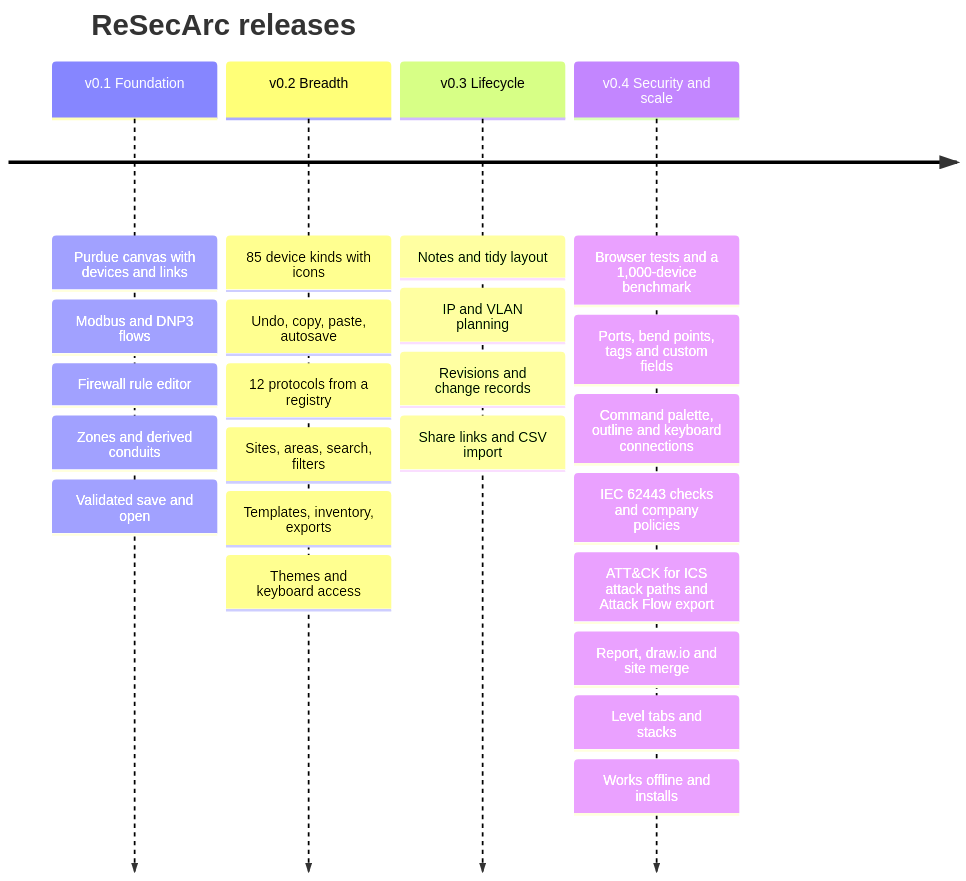
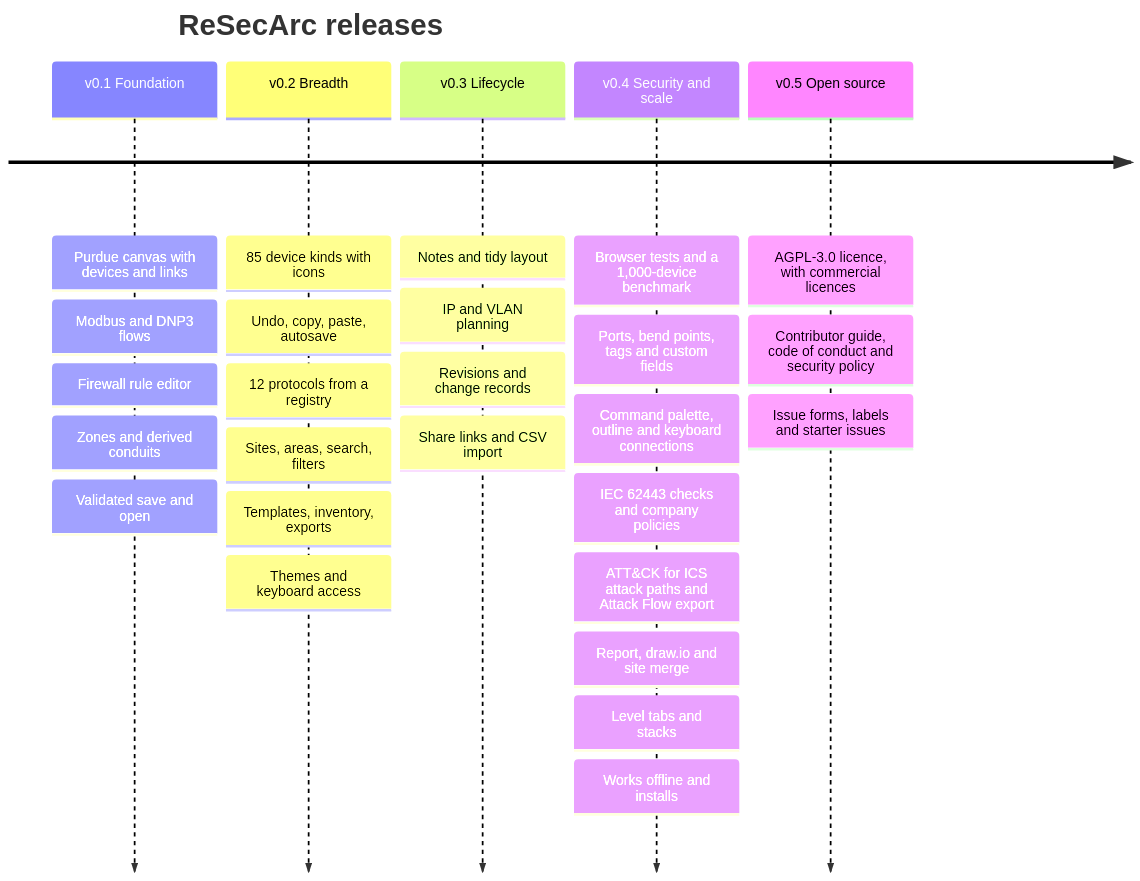
One commit to vijaykumargowdakk/ReSecArc changed diagram 32 of 32 in README.md. Above: the diagram before and after it, drawn with Mermaid. The commit also changed 2 other files, not shown here.

Commit message:
Version 0.5.0: ReSecArc is open source under AGPL-3.0

````diff
--- a/README.md
+++ b/README.md
@@ -1428,8 +1428,9 @@
 ```mermaid
 timeline
     title ReSecArc releases
     v0.1 Foundation : Purdue canvas with devices and links : Modbus and DNP3 flows : Firewall rule editor : Zones and derived conduits : Validated save and open
     v0.2 Breadth : 85 device kinds with icons : Undo, copy, paste, autosave : 12 protocols from a registry : Sites, areas, search, filters : Templates, inventory, exports : Themes and keyboard access
     v0.3 Lifecycle : Notes and tidy layout : IP and VLAN planning : Revisions and change records : Share links and CSV import
     v0.4 Security and scale : Browser tests and a 1,000-device benchmark : Ports, bend points, tags and custom fields : Command palette, outline and keyboard connections : IEC 62443 checks and company policies : ATT&CK for ICS attack paths and Attack Flow export : Report, draw.io and site merge : Level tabs and stacks : Works offline and installs
+    v0.5 Open source : AGPL-3.0 licence, with commercial licences : Contributor guide, code of conduct and security policy : Issue forms, labels and starter issues
 ```
````
